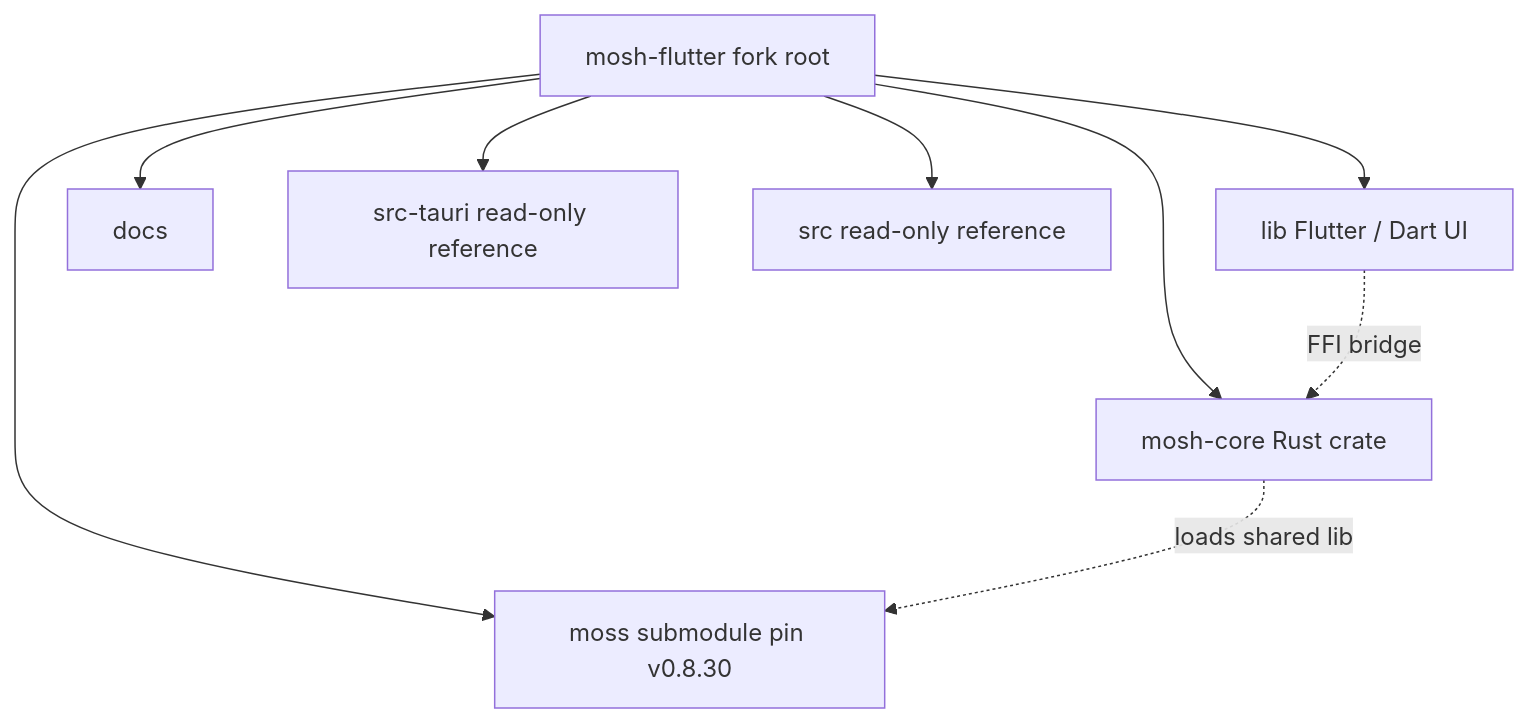
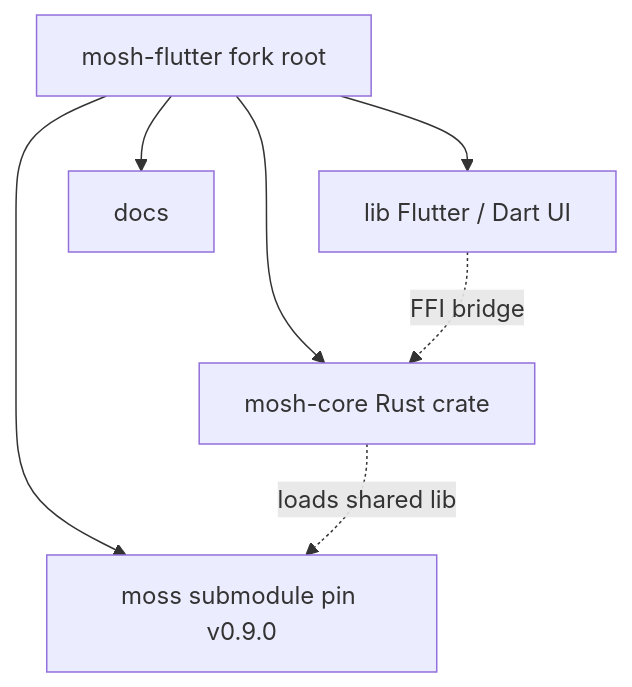
One commit to redstone-md/mosh-flutter changed the second of 14 diagrams in docs/Architecture.md. Above: the diagram before and after it, drawn with Mermaid. The commit also changed other lines of this file and 1 other file, not shown here.

First line of the commit message:
docs: architecture truth pass + runtime module map

````diff
--- a/docs/Architecture.md
+++ b/docs/Architecture.md
@@ -51,19 +49,15 @@
 ```mermaid
 flowchart TB
     Fork[mosh-flutter fork root]
     Core[mosh-core Rust crate]
-    MossSub[moss submodule pin v0.8.30]
+    MossSub[moss submodule pin v0.9.0]
     Lib[lib Flutter / Dart UI]
     Docs[docs]
-    SrcTauri[src-tauri read-only reference]
-    Src[src read-only reference]
 
     Fork --> Core
     Fork --> MossSub
     Fork --> Lib
     Fork --> Docs
-    Fork --> SrcTauri
-    Fork --> Src
     Lib -. FFI bridge .-> Core
     Core -. loads shared lib .-> MossSub
 ```
````
